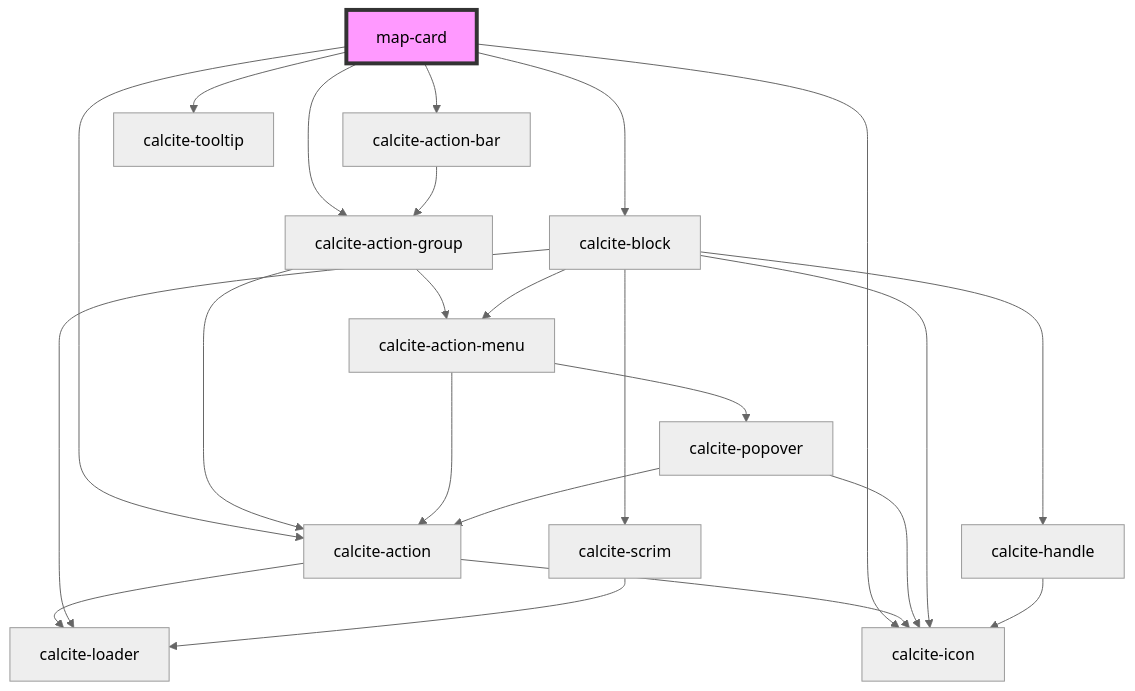
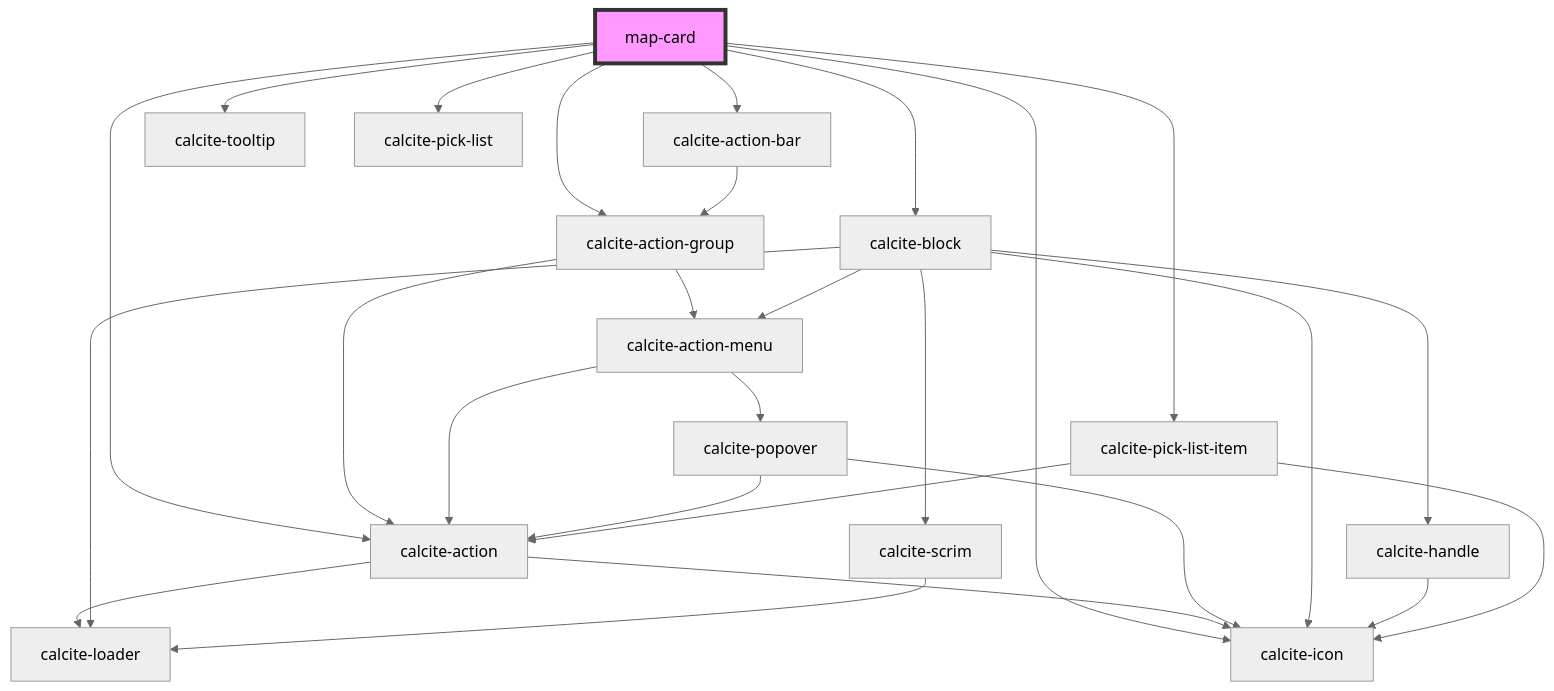
One commit to Esri/solutions-components changed the diagram in src/components/map-card/readme.md. Above: the diagram before and after it, drawn with Mermaid (neutral theme). The commit also changed other lines of this file and 5 other files, not shown here.

Commit message:
update the map list logic

````diff
--- a/src/components/map-card/readme.md
+++ b/src/components/map-card/readme.md
@@ -28,26 +36,30 @@
 ```mermaid
 graph TD;
   map-card --> calcite-action-bar
   map-card --> calcite-action-group
   map-card --> calcite-action
   map-card --> calcite-icon
   map-card --> calcite-tooltip
   map-card --> calcite-block
+  map-card --> calcite-pick-list
+  map-card --> calcite-pick-list-item
   calcite-action-bar --> calcite-action-group
   calcite-action-group --> calcite-action-menu
   calcite-action-group --> calcite-action
   calcite-action-menu --> calcite-action
   calcite-action-menu --> calcite-popover
   calcite-action --> calcite-loader
   calcite-action --> calcite-icon
   calcite-popover --> calcite-action
   calcite-popover --> calcite-icon
   calcite-block --> calcite-scrim
   calcite-block --> calcite-icon
   calcite-block --> calcite-handle
   calcite-block --> calcite-loader
   calcite-block --> calcite-action-menu
   calcite-scrim --> calcite-loader
   calcite-handle --> calcite-icon
+  calcite-pick-list-item --> calcite-icon
+  calcite-pick-list-item --> calcite-action
   style map-card fill:#f9f,stroke:#333,stroke-width:4px
 ```
````
